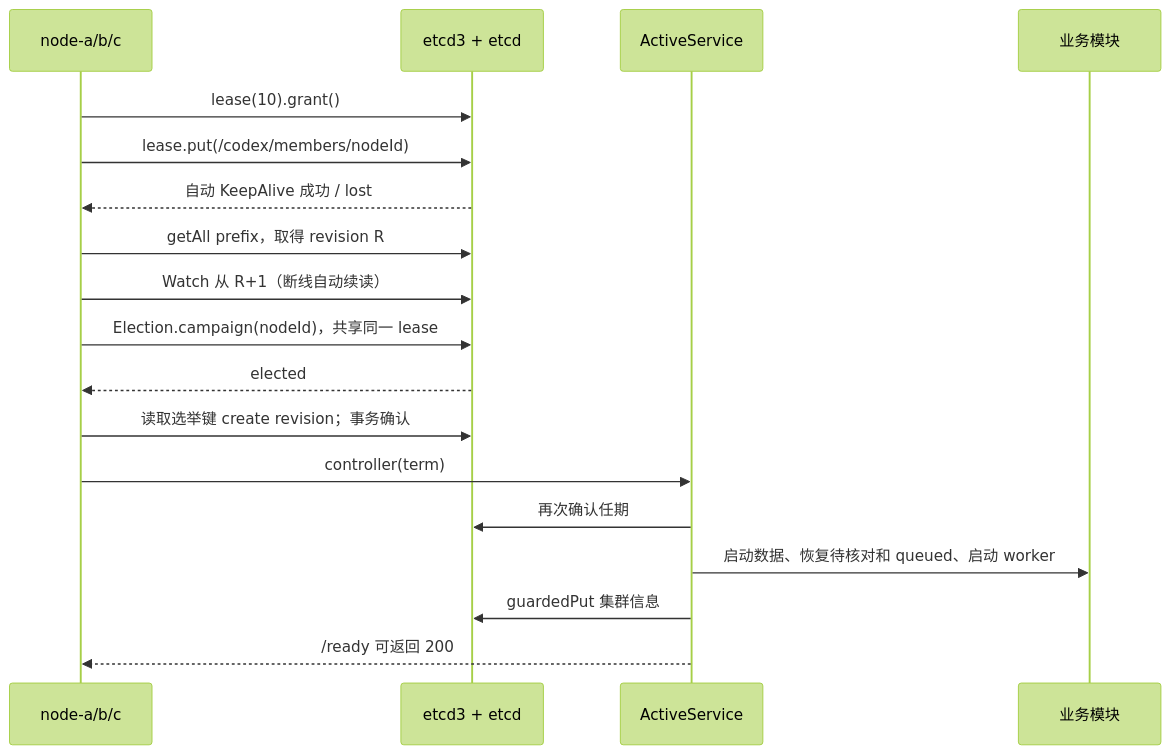
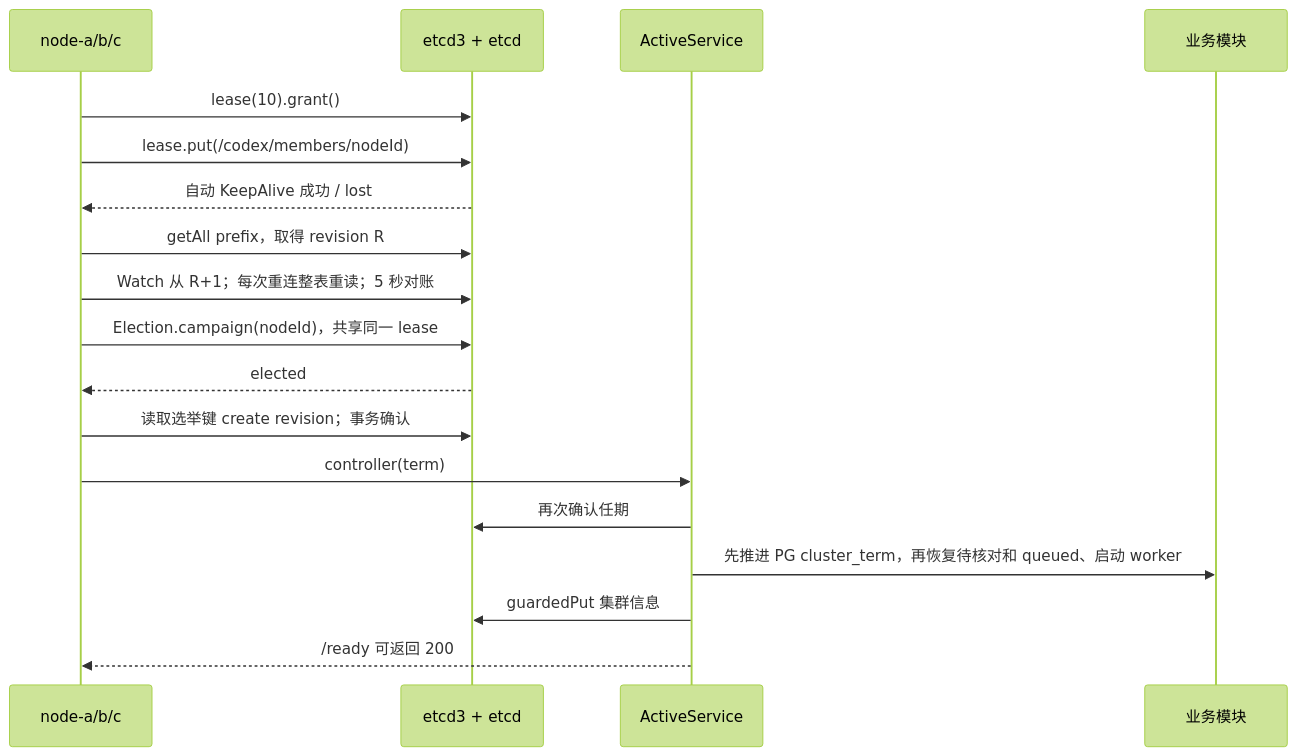
Before and after one commit to pengcong2020520/learn-codex-harness: the first of 2 diagrams in stages/s16-coordination/docs/design.md, drawn with Mermaid (forest theme). The commit also changed other lines of this file and 44 other files, not shown here.

````diff
--- a/stages/s16-coordination/docs/design.md
+++ b/stages/s16-coordination/docs/design.md
@@ -7,20 +7,20 @@
 ```mermaid
 sequenceDiagram
     participant N as node-a/b/c
     participant E as etcd3 + etcd
     participant A as ActiveService
     participant B as 业务模块
     N->>E: lease(10).grant()
     N->>E: lease.put(/codex/members/nodeId)
     E-->>N: 自动 KeepAlive 成功 / lost
     N->>E: getAll prefix，取得 revision R
-    N->>E: Watch 从 R+1（断线自动续读）
+    N->>E: Watch 从 R+1；每次重连整表重读；5 秒对账
     N->>E: Election.campaign(nodeId)，共享同一 lease
     E-->>N: elected
     N->>E: 读取选举键 create revision；事务确认
     N->>A: controller(term)
     A->>E: 再次确认任期
-    A->>B: 启动数据、恢复待核对和 queued、启动 worker
+    A->>B: 先推进 PG cluster_term，再恢复待核对和 queued、启动 worker
     A->>E: guardedPut 集群信息
     A-->>N: /ready 可返回 200
 ```
````
